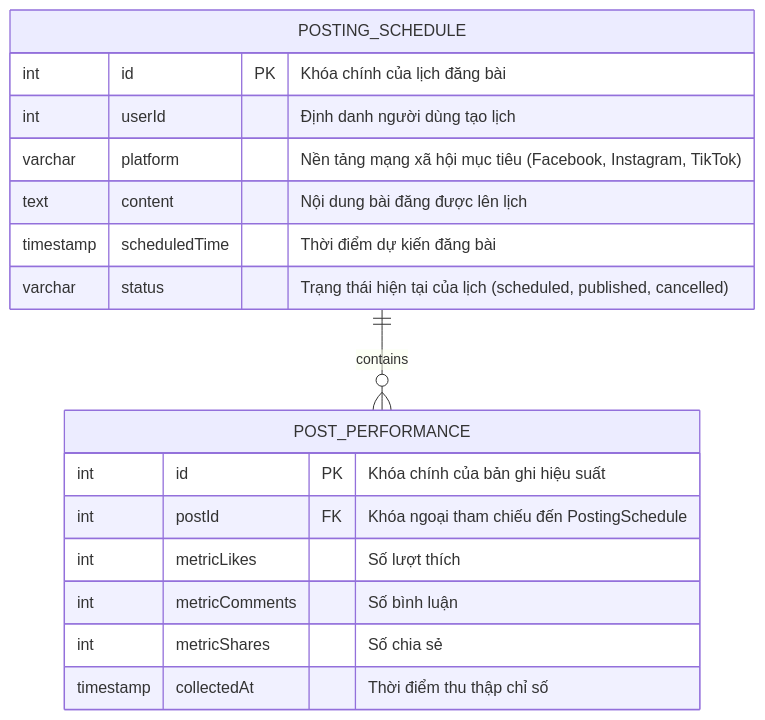
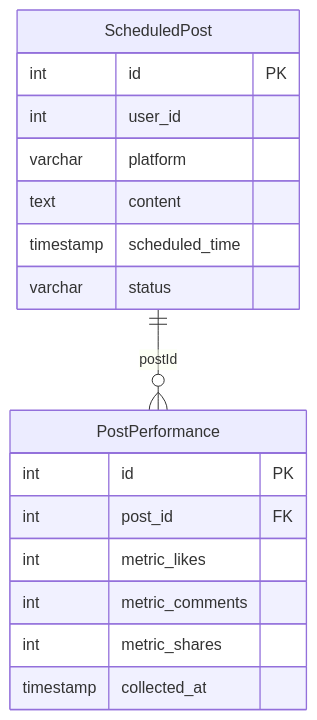
The first of 3 diagrams in sources/output/business-analysis/ba.md (hainguyen81/enterprise-it-ai), drawn with Mermaid before and after one commit. The commit also changed other lines of this file and 13 other files, not shown here.

````diff
--- a/sources/output/business-analysis/ba.md
+++ b/sources/output/business-analysis/ba.md
@@ -103,20 +145,20 @@
 ```mermaid
 erDiagram
-    POSTING_SCHEDULE {
-        int id PK "Khóa chính của lịch đăng bài"
-        int userId "Định danh người dùng tạo lịch"
-        varchar platform "Nền tảng mạng xã hội mục tiêu (Facebook, Instagram, TikTok)"
-        text content "Nội dung bài đăng được lên lịch"
-        timestamp scheduledTime "Thời điểm dự kiến đăng bài"
-        varchar status "Trạng thái hiện tại của lịch (scheduled, published, cancelled)"
+    ScheduledPost ||--o{ PostPerformance : "postId"
+    ScheduledPost {
+        int id PK
+        int user_id
+        varchar platform
+        text content
+        timestamp scheduled_time
+        varchar status
     }
-    POST_PERFORMANCE {
-        int id PK "Khóa chính của bản ghi hiệu suất"
-        int postId FK "Khóa ngoại tham chiếu đến PostingSchedule"
-        int metricLikes "Số lượt thích"
-        int metricComments "Số bình luận"
-        int metricShares "Số chia sẻ"
-        timestamp collectedAt "Thời điểm thu thập chỉ số"
+    PostPerformance {
+        int id PK
+        int post_id FK
+        int metric_likes
+        int metric_comments
+        int metric_shares
+        timestamp collected_at
     }
-    POSTING_SCHEDULE ||--o{ POST_PERFORMANCE : "contains"
 ```
````
